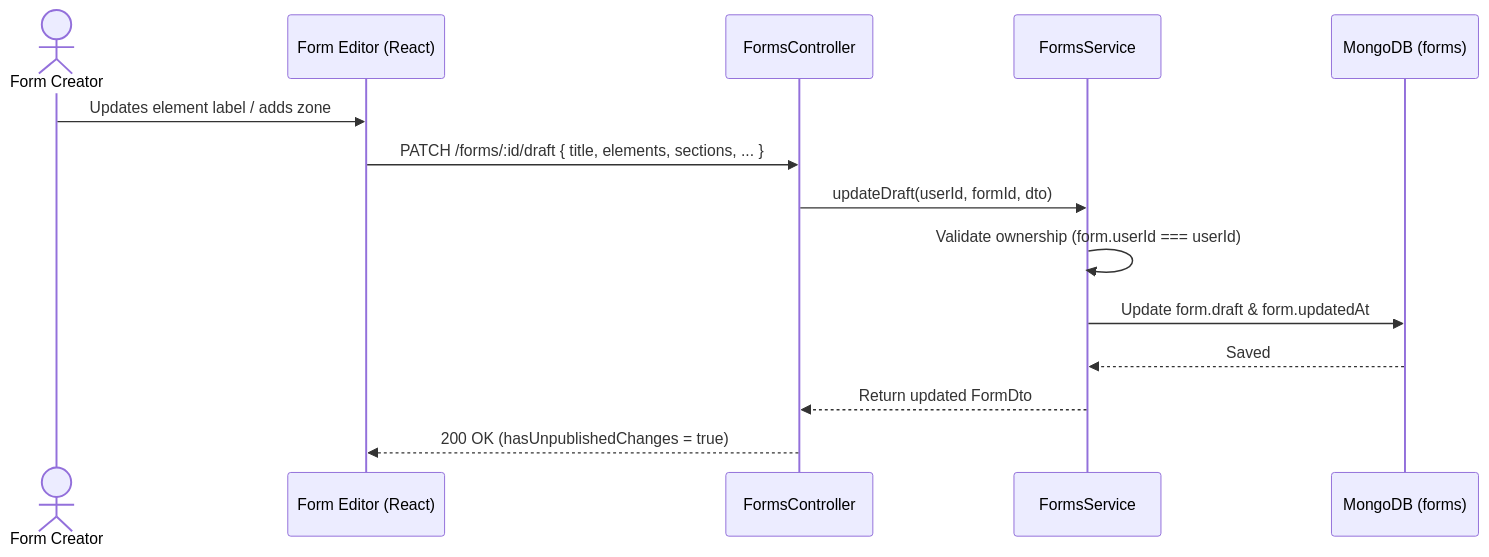
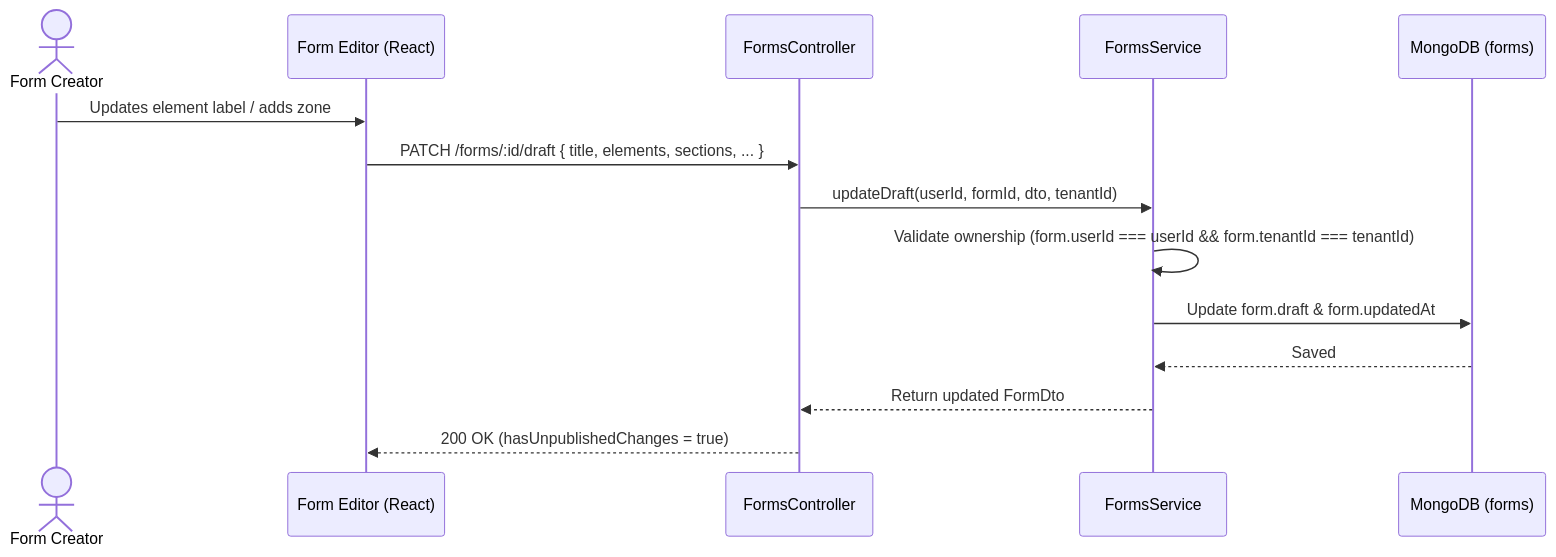
One commit to jasim-sct/machine-test changed the first of 3 diagrams in docs/architecture/data-flow.md. Above: the diagram before and after it, drawn with Mermaid. The commit also changed other lines of this file and 111 other files, not shown here.

````diff
--- a/docs/architecture/data-flow.md
+++ b/docs/architecture/data-flow.md
@@ -11,17 +11,17 @@
 ```mermaid
 sequenceDiagram
     actor Creator as Form Creator
     participant Editor as Form Editor (React)
     participant API as FormsController
     participant Service as FormsService
     participant DB as MongoDB (forms)
 
     Creator->>Editor: Updates element label / adds zone
     Editor->>API: PATCH /forms/:id/draft { title, elements, sections, ... }
-    API->>Service: updateDraft(userId, formId, dto)
-    Service->>Service: Validate ownership (form.userId === userId)
+    API->>Service: updateDraft(userId, formId, dto, tenantId)
+    Service->>Service: Validate ownership (form.userId === userId && form.tenantId === tenantId)
     Service->>DB: Update form.draft & form.updatedAt
     DB-->>Service: Saved
     Service-->>API: Return updated FormDto
     API-->>Editor: 200 OK (hasUnpublishedChanges = true)
 ```
````
